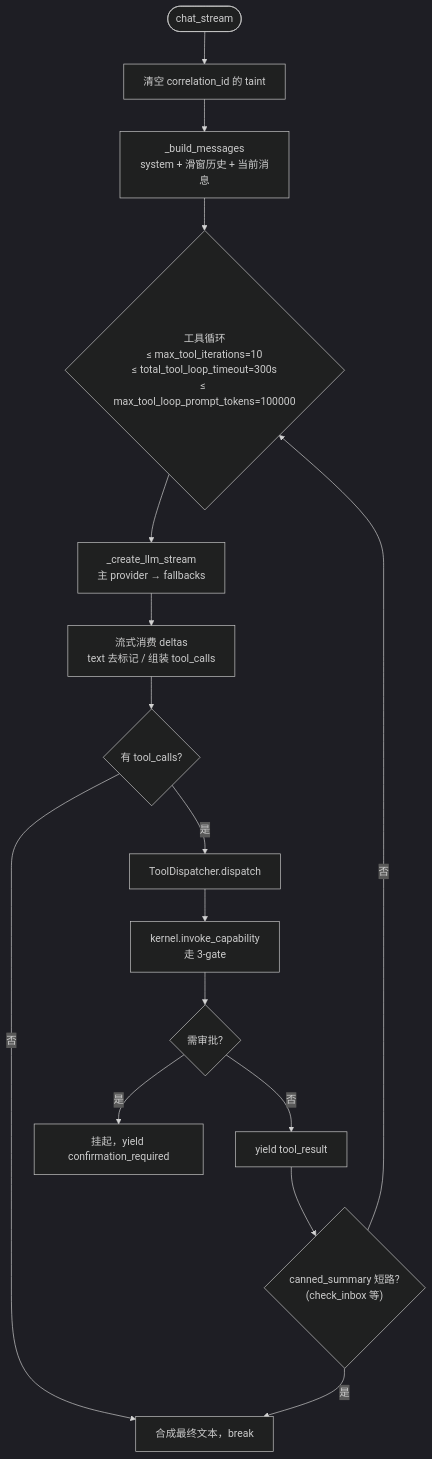
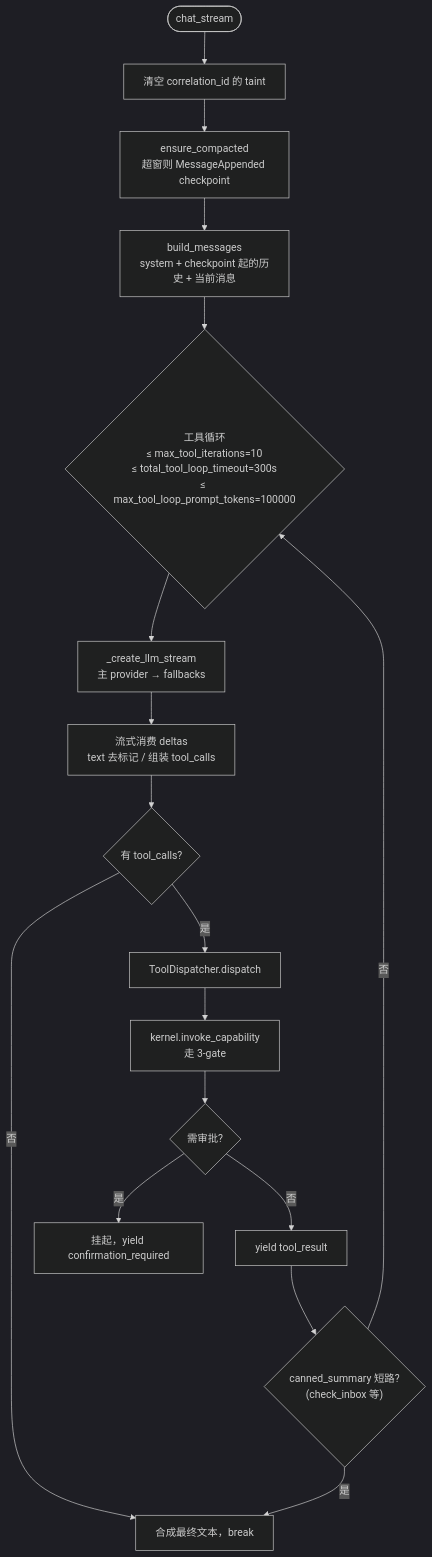
The diagram in docs/03-subsystems/backend-core.md (santu-ai/personal-ai-runtime), drawn with Mermaid (dark theme) before and after one commit. The commit also changed other lines of this file and 11 other files, not shown here.

First line of the commit message:
feat(agents): 用 MessageAppended checkpoint 替代静默截断历史

````diff
--- a/docs/03-subsystems/backend-core.md
+++ b/docs/03-subsystems/backend-core.md
@@ -11,19 +11,20 @@
 ```mermaid
 flowchart TB
     Start([chat_stream])
     Start --> Clear["清空 correlation_id 的 taint"]
-    Clear --> Build["_build_messages<br/>system + 滑窗历史 + 当前消息"]
+    Clear --> Compact["ensure_compacted<br/>超窗则 MessageAppended checkpoint"]
+    Compact --> Build["build_messages<br/>system + checkpoint 起的历史 + 当前消息"]
     Build --> Loop{"工具循环<br/>≤ max_tool_iterations=10<br/>≤ total_tool_loop_timeout=300s<br/>≤ max_tool_loop_prompt_tokens=100000"}
     Loop --> Stream["_create_llm_stream<br/>主 provider → fallbacks"]
     Stream --> Delta["流式消费 deltas<br/>text 去标记 / 组装 tool_calls"]
     Delta --> HasTool{"有 tool_calls?"}
     HasTool -->|否| Final["合成最终文本，break"]
     HasTool -->|是| Dispatch["ToolDispatcher.dispatch"]
     Dispatch --> Cap["kernel.invoke_capability<br/>走 3-gate"]
     Cap --> Conf{需审批?}
     Conf -->|是| Suspend["挂起，yield confirmation_required"]
     Conf -->|否| Result["yield tool_result"]
     Result --> Canned{"canned_summary 短路?<br/>(check_inbox 等)"}
     Canned -->|是| Final
     Canned -->|否| Loop
 ```
````
